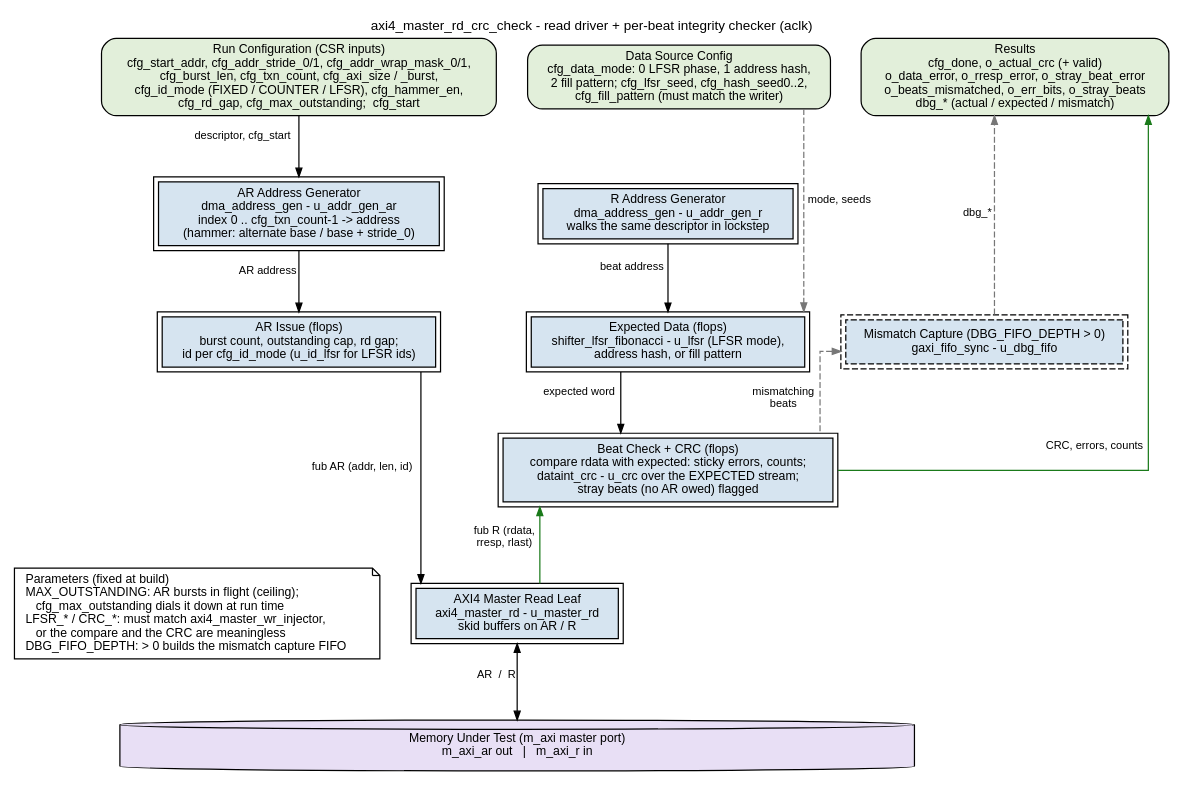
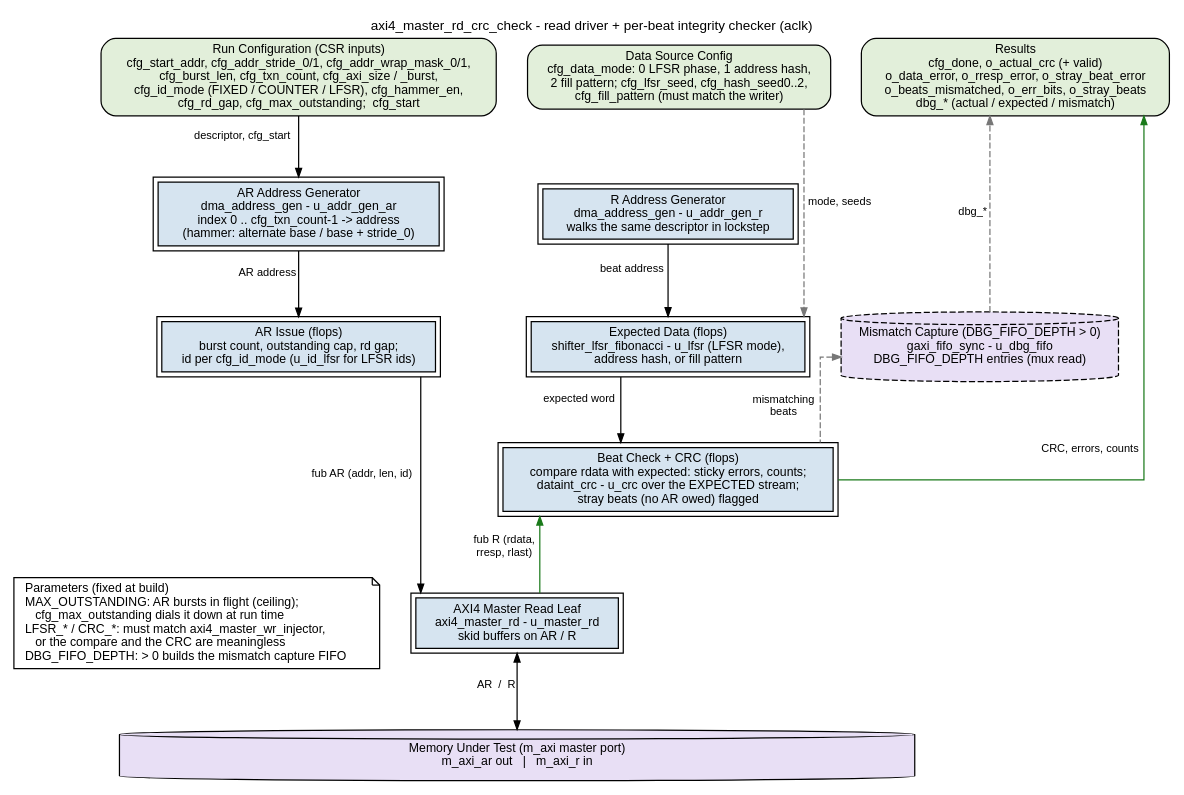
Before and after one commit to sean-galloway/RTLDesignSherpa: the diagram in docs/markdown/assets/rtl-amba/graphviz/axi4_master_rd_crc_check.dot, drawn with Graphviz. The commit also changed 31 other files, not shown here.

First line of the commit message:
docs(handbook, amba): a FIFO or skid child instance is a Storage cylinder; 15 rtl-amba diagrams swept

```diff
--- a/docs/markdown/assets/rtl-amba/graphviz/axi4_master_rd_crc_check.dot
+++ b/docs/markdown/assets/rtl-amba/graphviz/axi4_master_rd_crc_check.dot
@@ -1,57 +1,57 @@
 // axi4_master_rd_crc_check block diagram - house style (vault/handbook/authoring/block-diagrams.md).
 // A CSR-programmed AXI4 read MASTER: the memory under test is the bottom bar. AR requests
 // are generated down the LEFT column; R data climbs back UP the RIGHT column into the
 // checker, which regenerates the expected data in lockstep and compares each beat, rolling
 // a CRC over the expected stream. Results leave at the top right.
 // Source of truth: rtl/amba/shared/axi4_master_rd_crc_check.sv.
 digraph axi4_master_rd_crc_check {
     graph [rankdir=TB, bgcolor="white", fontname="Helvetica", fontsize=11,
            nodesep="0.35", ranksep="0.70", splines=ortho, newrank=true,
            labelloc=t, labeljust=c];
     node  [fontname="Helvetica", fontsize=10, shape=box, style=filled,
            fillcolor="white", color="black", margin="0.12,0.06"];
     edge  [fontname="Helvetica", fontsize=9, color="black", arrowsize=0.7];
     label="axi4_master_rd_crc_check - read driver + per-beat integrity checker (aclk)";
 
     prm  [label="Parameters (fixed at build)\lMAX_OUTSTANDING: AR bursts in flight (ceiling);\l    cfg_max_outstanding dials it down at run time\lLFSR_* / CRC_*: must match axi4_master_wr_injector,\l    or the compare and the CRC are meaningless\lDBG_FIFO_DEPTH: > 0 builds the mismatch capture FIFO\l", fillcolor="white", shape=note];
     cfg  [group=A, label="Run Configuration (CSR inputs)\ncfg_start_addr, cfg_addr_stride_0/1, cfg_addr_wrap_mask_0/1,\ncfg_burst_len, cfg_txn_count, cfg_axi_size / _burst,\ncfg_id_mode (FIXED / COUNTER / LFSR), cfg_hammer_en,\ncfg_rd_gap, cfg_max_outstanding;  cfg_start", fillcolor="white", style="rounded,filled", fillcolor="#E2EFDA"];
     dsrc [group=C, label="Data Source Config\ncfg_data_mode: 0 LFSR phase, 1 address hash,\n2 fill pattern; cfg_lfsr_seed, cfg_hash_seed0..2,\ncfg_fill_pattern (must match the writer)", fillcolor="white", style="rounded,filled", fillcolor="#E2EFDA"];
     res  [group=R, label="Results\ncfg_done, o_actual_crc (+ valid)\no_data_error, o_rresp_error, o_stray_beat_error\no_beats_mismatched, o_err_bits, o_stray_beats\ndbg_* (actual / expected / mismatch)", fillcolor="white", style="rounded,filled", fillcolor="#E2EFDA"];
 
     agar [group=A, label="AR Address Generator\ndma_address_gen - u_addr_gen_ar\nindex 0 .. cfg_txn_count-1 -> address\n(hammer: alternate base / base + stride_0)", peripheries=2, style="filled", fillcolor="#D6E4F0"];
     iss  [group=A, label="AR Issue (flops)\nburst count, outstanding cap, rd gap;\nid per cfg_id_mode (u_id_lfsr for LFSR ids)", peripheries=2, style="filled", fillcolor="#D6E4F0"];
     leaf [label="AXI4 Master Read Leaf\naxi4_master_rd - u_master_rd\nskid buffers on AR / R", peripheries=2, style="filled", fillcolor="#D6E4F0"];
 
     agr  [group=R, label="R Address Generator\ndma_address_gen - u_addr_gen_r\nwalks the same descriptor in lockstep", peripheries=2, style="filled", fillcolor="#D6E4F0"];
     exp  [group=R, label="Expected Data (flops)\nshifter_lfsr_fibonacci - u_lfsr (LFSR mode),\naddress hash, or fill pattern", peripheries=2, style="filled", fillcolor="#D6E4F0"];
     chk  [group=R, label="Beat Check + CRC (flops)\ncompare rdata with expected: sticky errors, counts;\ndataint_crc - u_crc over the EXPECTED stream;\nstray beats (no AR owed) flagged", peripheries=2, style="filled", fillcolor="#D6E4F0"];
-    dbg  [group=R, label="Mismatch Capture (DBG_FIFO_DEPTH > 0)\ngaxi_fifo_sync - u_dbg_fifo", style="filled,dashed", peripheries=2, style="filled,dashed", fillcolor="#D6E4F0"];
+    dbg  [group=R, label="Mismatch Capture (DBG_FIFO_DEPTH > 0)\ngaxi_fifo_sync - u_dbg_fifo\nDBG_FIFO_DEPTH entries (mux read)", shape=cylinder, style="filled,dashed", fillcolor="#E8DFF5"];
 
     bar  [label="Memory Under Test (m_axi master port)\nm_axi_ar out   |   m_axi_r in",
           fillcolor="white", width=9.0, shape=cylinder, style="filled", fillcolor="#E8DFF5"];
 
     cfg  -> agar [xlabel="descriptor, cfg_start"];
     agar -> iss  [xlabel="AR address"];
     iss  -> leaf [xlabel="fub AR (addr, len, id)"];
     leaf -> bar  [dir=both, xlabel="AR  /  R"];
     chk -> leaf [color="#1A7A1A", dir=back, xlabel="fub R (rdata,\nrresp, rlast)"];
     agr  -> exp  [xlabel="beat address"];
     exp  -> chk  [xlabel="expected word"];
     dsrc -> exp  [style=dashed, color="#777777", xlabel="mode, seeds"];
     dbg -> chk [dir=back, style=dashed, color="#777777", xlabel="mismatching\nbeats"];
     chk  -> res  [color="#1A7A1A", xlabel="CRC, errors, counts"];
     dbg  -> res  [style=dashed, color="#777777", xlabel="dbg_*"];
 
     { rank=same; cfg; dsrc; res; }
     cfg -> dsrc [style=invis];
     dsrc -> res [style=invis];
     { rank=same; agar; agr; }
     { rank=same; iss; exp; dbg; }
     exp -> dbg [style=invis];
     { rank=same; chk; }
     { rank=same; prm; leaf; }
     prm -> leaf [style=invis];
     iss -> leaf [style=invis];
     exp -> chk [style=invis];
     chk -> leaf [style=invis];
 }
```
